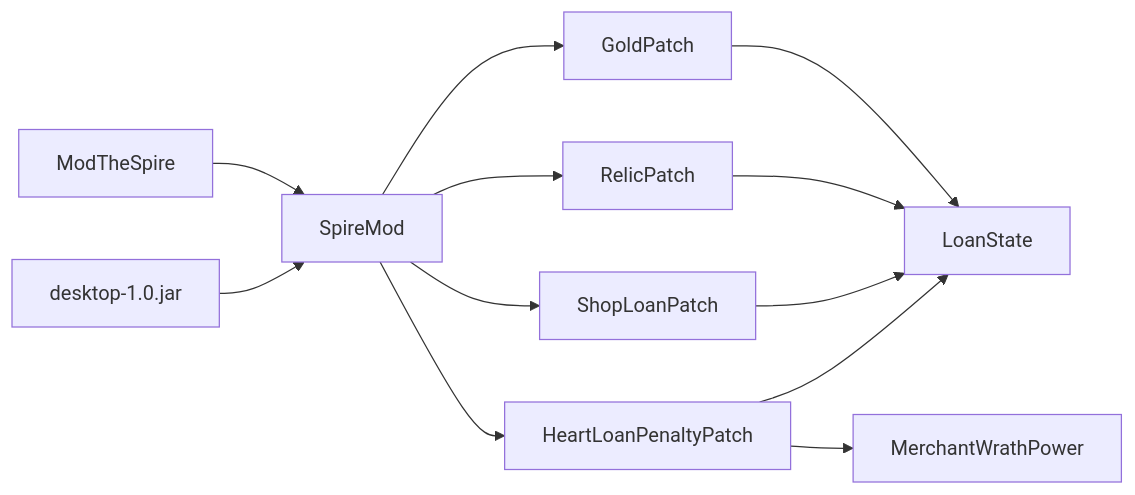
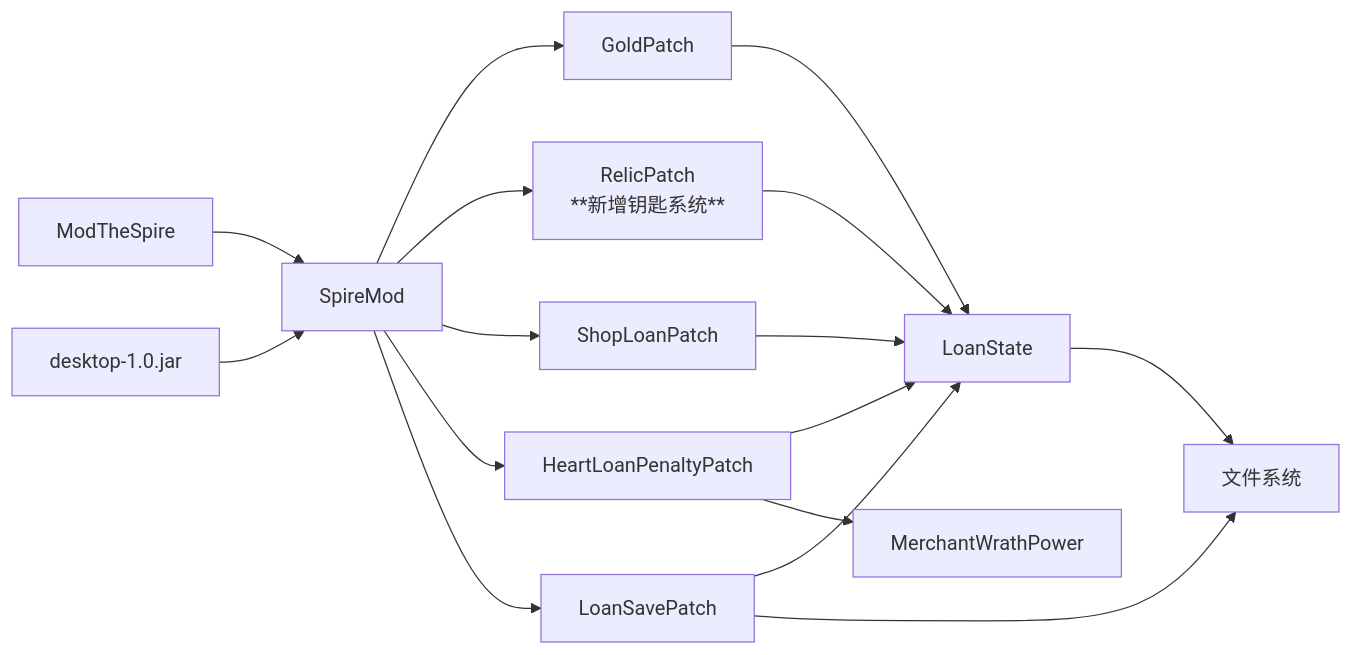
One commit to StephenZhuang/SpireMod changed diagram 12 of 12 in .qoder/repowiki/zh/content/技术架构/技术架构.md. Above: the diagram before and after it, drawn with Mermaid. The commit also changed other lines of this file and 35 other files, not shown here.

````diff
--- a/.qoder/repowiki/zh/content/技术架构/技术架构.md
+++ b/.qoder/repowiki/zh/content/技术架构/技术架构.md
@@ -439,14 +523,18 @@
 ```mermaid
 graph LR
 MTS["ModTheSpire"] --> SP["SpireMod"]
 STS["desktop-1.0.jar"] --> SP
 SP --> P1["GoldPatch"]
-SP --> P2["RelicPatch"]
+SP --> P2["RelicPatch<br/>**新增钥匙系统**"]
 SP --> P3["ShopLoanPatch"]
 SP --> P4["HeartLoanPenaltyPatch"]
+SP --> P5["LoanSavePatch"]
 P1 --> LS["LoanState"]
 P2 --> LS
 P3 --> LS
 P4 --> LS
 P4 --> MW["MerchantWrathPower"]
+P5 --> LS
+P5 --> FS["文件系统"]
+LS --> FS
 ```
````
